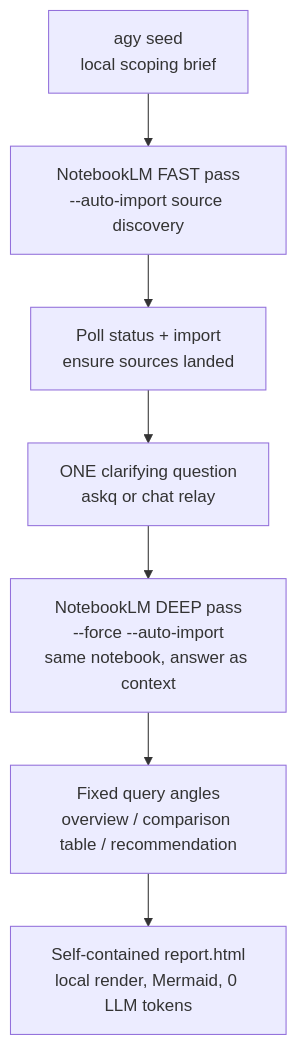
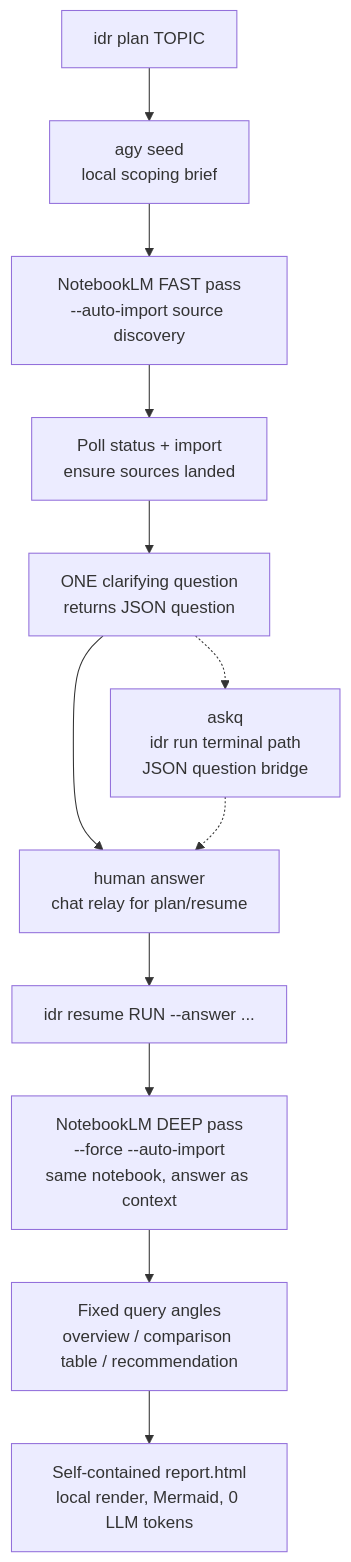
Before and after one commit to Martin-Hausleitner/interactive-deep-research: the first of 2 diagrams in README.md, drawn with Mermaid. The commit also changed other lines of this file and 10 other files, not shown here.

````diff
--- a/README.md
+++ b/README.md
@@ -18,9 +18,14 @@
 ```mermaid
 flowchart TD
-    A["agy seed<br/>local scoping brief"] --> B["NotebookLM FAST pass<br/>--auto-import source discovery"]
+    P["idr plan TOPIC"] --> A["agy seed<br/>local scoping brief"]
+    A --> B["NotebookLM FAST pass<br/>--auto-import source discovery"]
     B --> C["Poll status + import<br/>ensure sources landed"]
-    C --> D["ONE clarifying question<br/>askq or chat relay"]
-    D --> E["NotebookLM DEEP pass<br/>--force --auto-import<br/>same notebook, answer as context"]
+    C --> D["ONE clarifying question<br/>returns JSON question"]
+    D --> H["human answer<br/>chat relay for plan/resume"]
+    D -.-> Q["askq<br/>idr run terminal path<br/>JSON question bridge"]
+    Q -.-> H
+    H --> R["idr resume RUN --answer ..."]
+    R --> E["NotebookLM DEEP pass<br/>--force --auto-import<br/>same notebook, answer as context"]
     E --> F["Fixed query angles<br/>overview / comparison table / recommendation"]
     F --> G["Self-contained report.html<br/>local render, Mermaid, 0 LLM tokens"]
 ```
````
